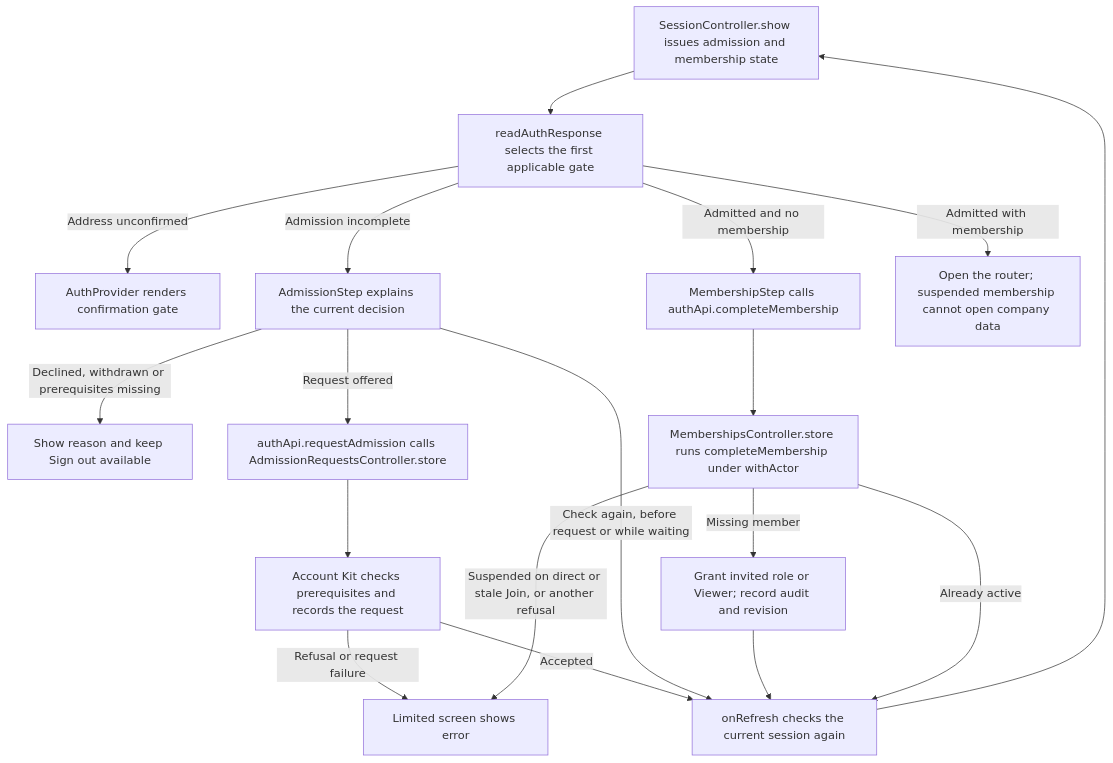
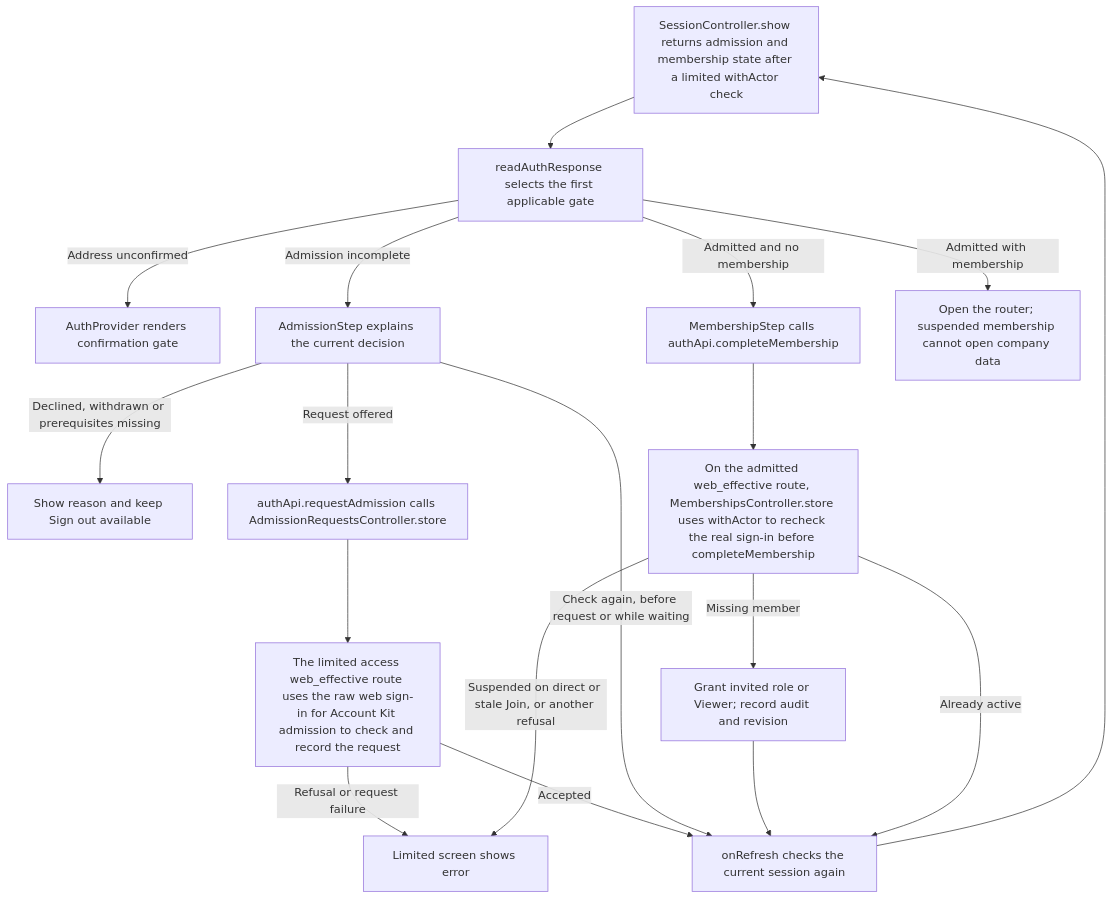
One commit to Kevinjohn/capacitylens changed the second of 2 diagrams in user-stories/account/US-ACCOUNT-09-limited-access.md. Above: the diagram before and after it, drawn with Mermaid. The commit also changed other lines of this file and 26 other files, not shown here.

````diff
--- a/user-stories/account/US-ACCOUNT-09-limited-access.md
+++ b/user-stories/account/US-ACCOUNT-09-limited-access.md
@@ -32,20 +32,20 @@
 ```mermaid
 flowchart TD
-  session["SessionController.show issues admission and membership state"] --> gate["readAuthResponse selects the first applicable gate"]
+  session["SessionController.show returns admission and membership state after a limited withActor check"] --> gate["readAuthResponse selects the first applicable gate"]
   gate -->|Address unconfirmed| verify["AuthProvider renders confirmation gate"]
   gate -->|Admission incomplete| admission["AdmissionStep explains the current decision"]
   admission -->|Declined, withdrawn or prerequisites missing| reason["Show reason and keep Sign out available"]
   admission -->|Request offered| request["authApi.requestAdmission calls AdmissionRequestsController.store"]
-  request --> kit["Account Kit checks prerequisites and records the request"]
+  request --> kit["The limited access web_effective route uses the raw web sign-in for Account Kit admission to check and record the request"]
   kit -->|Accepted| refresh["onRefresh checks the current session again"]
   kit -->|Refusal or request failure| error["Limited screen shows error"]
   admission -->|Check again, before request or while waiting| refresh
   refresh --> session
   gate -->|Admitted and no membership| join["MembershipStep calls authApi.completeMembership"]
-  join --> service["MembershipsController.store runs completeMembership under withActor"]
+  join --> service["On the admitted web_effective route, MembershipsController.store uses withActor to recheck the real sign-in before completeMembership"]
   service -->|Missing member| write["Grant invited role or Viewer; record audit and revision"]
   write --> refresh
   service -->|Already active| refresh
   service -->|Suspended on direct or stale Join, or another refusal| error
   gate -->|Admitted with membership| app["Open the router; suspended membership cannot open company data"]
 ```
````
